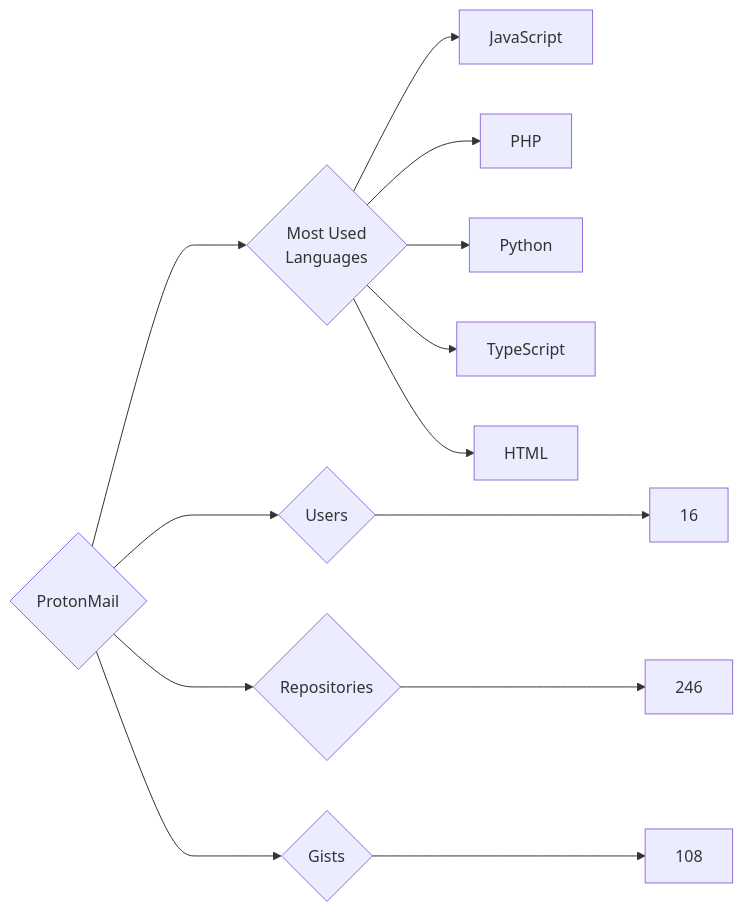
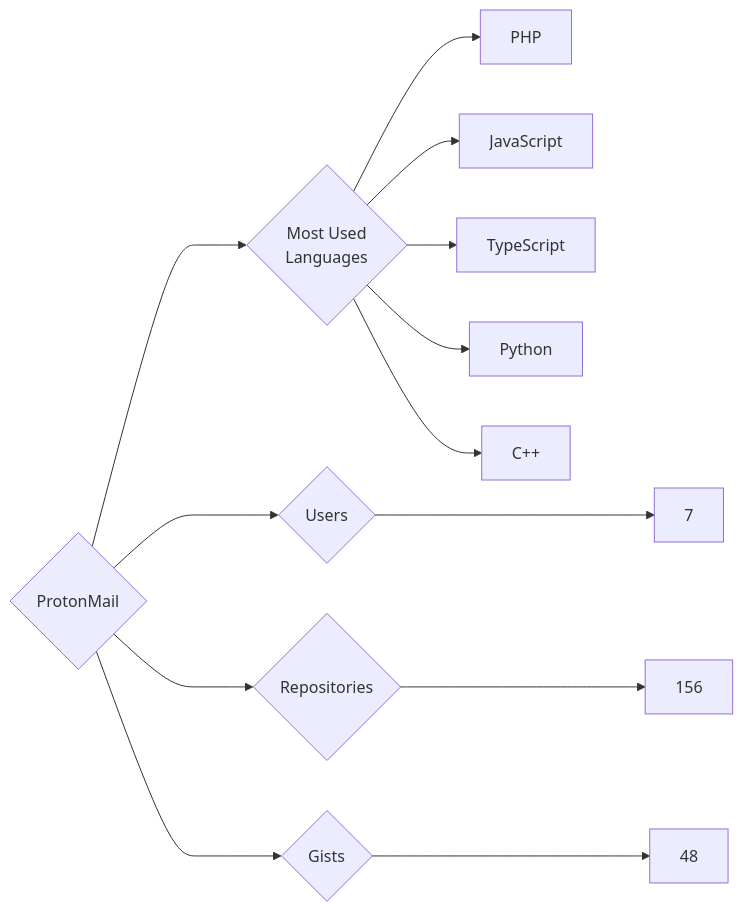
One commit to trickest/insiders changed the diagram in targets/ProtonMail/README.md. Above: the diagram before and after it, drawn with Mermaid. The commit also changed 870 other files, not shown here.

````diff
--- a/targets/ProtonMail/README.md
+++ b/targets/ProtonMail/README.md
@@ -3,13 +3,13 @@
 ```mermaid
 graph LR
 COMPANY_NAME{ProtonMail}
-COMPANY_NAME ---> U{Users} ---> UN[16]
-COMPANY_NAME ---> R{Repositories} ---> RN[246]
-COMPANY_NAME ---> G{Gists} ---> GN[108]
+COMPANY_NAME ---> U{Users} ---> UN[7]
+COMPANY_NAME ---> R{Repositories} ---> RN[156]
+COMPANY_NAME ---> G{Gists} ---> GN[48]
 COMPANY_NAME ---> ML{Most Used<br>Languages}
+ML --> PHP[PHP]
 ML --> JavaScript[JavaScript]
-ML --> PHP[PHP]
+ML --> TypeScript[TypeScript]
 ML --> Python[Python]
-ML --> TypeScript[TypeScript]
-ML --> HTML[HTML]
+ML --> C++[C++]
 ```
````
